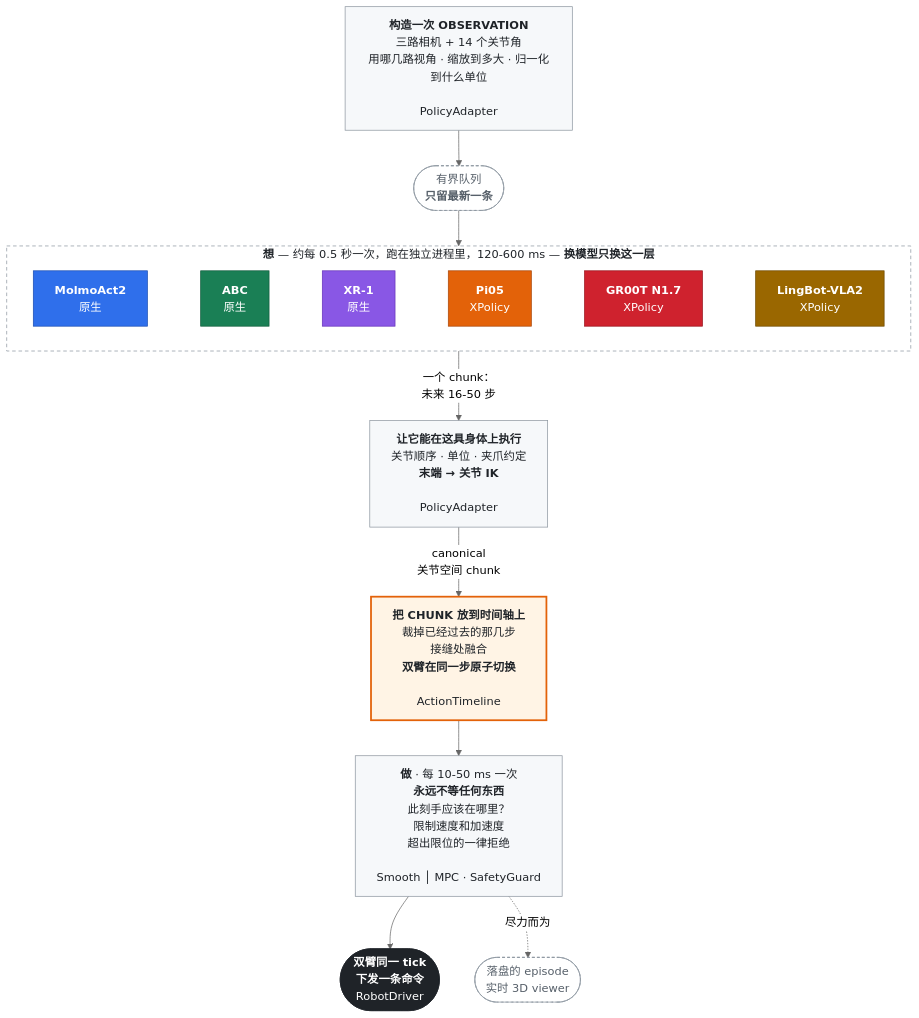
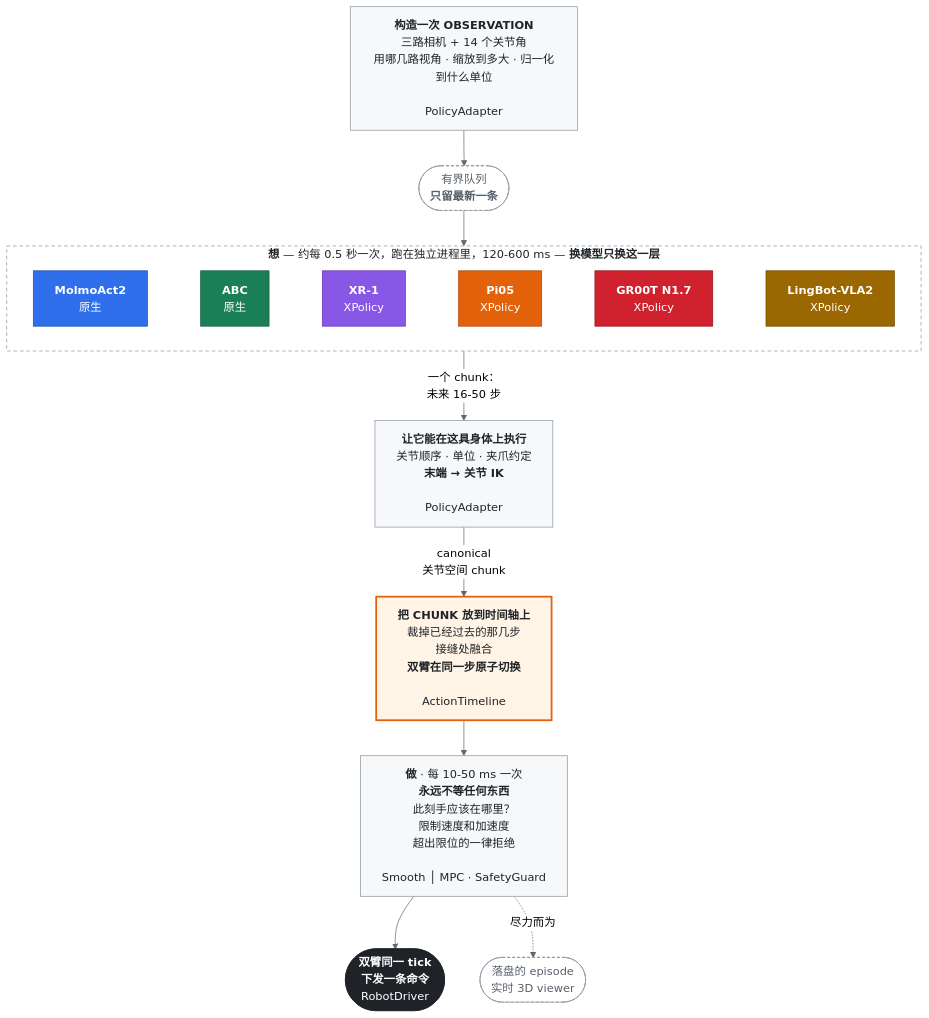
Before and after one commit to Cuzyoung/manimux: the diagram in README.zh-CN.md, drawn with Mermaid (neutral theme). The commit also changed other lines of this file and 34 other files, not shown here.

````diff
--- a/README.zh-CN.md
+++ b/README.zh-CN.md
@@ -36,42 +40,42 @@
 ```mermaid
 %%{init: {"flowchart": {"wrappingWidth": 260, "curve": "basis"}}}%%
 flowchart TB
     OBS["<b>构造一次 OBSERVATION</b><br/>三路相机 + 14 个关节角<br/>用哪几路视角 · 缩放到多大 · 归一化到什么单位<br/><br/>PolicyAdapter"]:::stage
     QUEUE(["有界队列<br/><b>只留最新一条</b>"]):::pipe
 
     subgraph THINK["<b>想</b> — 约每 0.5 秒一次，跑在独立进程里，120-600 ms — <b>换模型只换这一层</b>"]
         direction LR
         MOLMO["<b>MolmoAct2</b><br/>原生"]:::molmo
         ABCM["<b>ABC</b><br/>原生"]:::abc
-        XR1["<b>XR-1</b><br/>原生"]:::xr1
+        XR1["<b>XR-1</b><br/>XPolicy"]:::xr1
         PI05["<b>Pi05</b><br/>XPolicy"]:::pi
         GROOT["<b>GR00T N1.7</b><br/>XPolicy"]:::groot
         LING["<b>LingBot-VLA2</b><br/>XPolicy"]:::ling
         MOLMO ~~~ ABCM ~~~ XR1 ~~~ PI05 ~~~ GROOT ~~~ LING
     end
 
     DEC["<b>让它能在这具身体上执行</b><br/>关节顺序 · 单位 · 夹爪约定<br/><b>末端 → 关节 IK</b><br/><br/>PolicyAdapter"]:::stage
     TL["<b>把 CHUNK 放到时间轴上</b><br/>裁掉已经过去的那几步<br/>接缝处融合<br/><b>双臂在同一步原子切换</b><br/><br/>ActionTimeline"]:::handoff
     ACT["<b>做</b> · 每 10-50 ms 一次<br/><b>永远不等任何东西</b><br/>此刻手应该在哪里？<br/>限制速度和加速度<br/>超出限位的一律拒绝<br/><br/>Smooth │ MPC · SafetyGuard"]:::stage
     ROBOT(["<b>双臂同一 tick<br/>下发一条命令</b><br/>RobotDriver"]):::robot
     SIDE(["落盘的 episode<br/>实时 3D viewer"]):::side
 
     OBS --> QUEUE --> THINK
     THINK -->|"一个 chunk：<br/>未来 16-50 步"| DEC
     DEC -->|"canonical<br/>关节空间 chunk"| TL
     TL --> ACT --> ROBOT
     ACT -.->|"尽力而为"| SIDE
 
     classDef stage fill:#F6F8FA,stroke:#8C959F,stroke-width:1px,color:#1F2328
     classDef handoff fill:#FFF4E5,stroke:#E36209,stroke-width:2.5px,color:#1F2328
     classDef pipe fill:#FFFFFF,stroke:#8C959F,stroke-dasharray:4 3,color:#57606A
     classDef side fill:#FFFFFF,stroke:#8C959F,stroke-dasharray:4 3,color:#57606A
     classDef robot fill:#1F2328,stroke:#1F2328,color:#FFFFFF
     classDef molmo fill:#2F6FEB,stroke:#1B4DB1,color:#FFFFFF
     classDef abc   fill:#1A7F55,stroke:#125C3D,color:#FFFFFF
     classDef xr1   fill:#8957E5,stroke:#6633B8,color:#FFFFFF
     classDef pi    fill:#E36209,stroke:#A8460A,color:#FFFFFF
     classDef groot fill:#CF222E,stroke:#96101A,color:#FFFFFF
     classDef ling  fill:#9A6700,stroke:#6E4A00,color:#FFFFFF
     style THINK fill:#FFFFFF,stroke:#8C959F,stroke-dasharray:5 4,color:#1F2328
 ```
````
